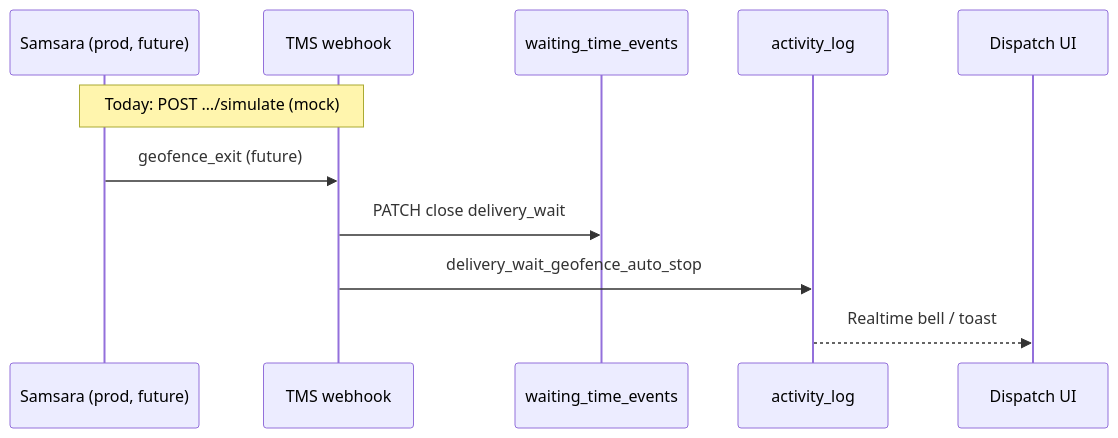
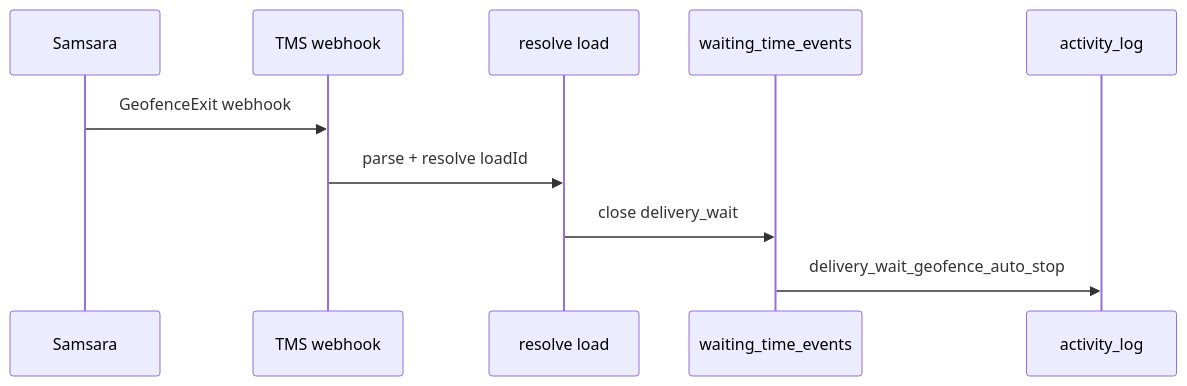
The diagram in docs/SAMSARA_GEOFENCE_SPIKE.md (AI-Developer-Smarter-Business/tigerhawk_mobile_app), drawn with Mermaid before and after one commit. The commit also changed other lines of this file and 236 other files, not shown here.

````diff
--- a/docs/SAMSARA_GEOFENCE_SPIKE.md
+++ b/docs/SAMSARA_GEOFENCE_SPIKE.md
@@ -44,14 +53,13 @@
 ```mermaid
 sequenceDiagram
-  participant S as Samsara (prod, future)
+  participant S as Samsara
   participant WH as TMS webhook
+  participant R as resolve load
   participant WT as waiting_time_events
   participant AL as activity_log
-  participant D as Dispatch UI
 
-  Note over S,WH: Today: POST …/simulate (mock)
-  S->>WH: geofence_exit (future)
-  WH->>WT: PATCH close delivery_wait
-  WH->>AL: delivery_wait_geofence_auto_stop
-  AL-->>D: Realtime bell / toast
+  S->>WH: GeofenceExit webhook
+  WH->>R: parse + resolve loadId
+  R->>WT: close delivery_wait
+  WT->>AL: delivery_wait_geofence_auto_stop
 ```
````
